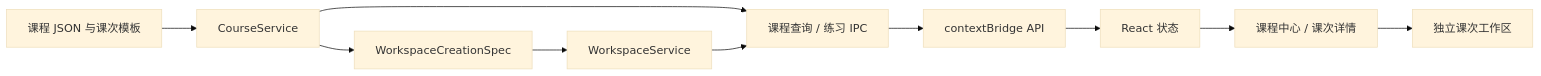
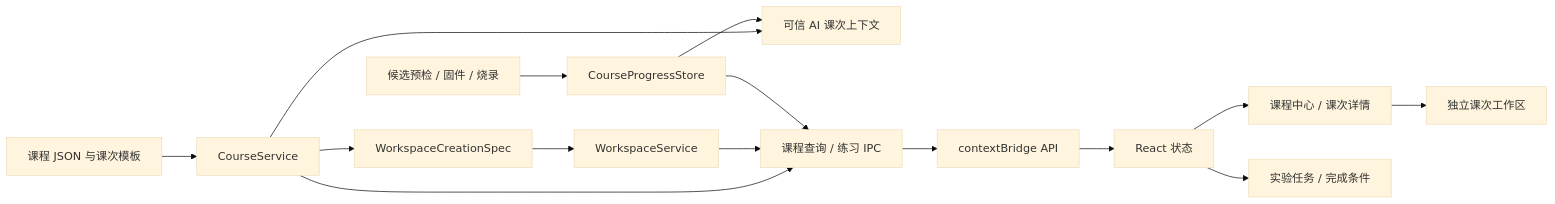
One commit to PanGucheng/robotdog-studio changed the diagram in docs/mcu-course-framework-architecture.md. Above: the diagram before and after it, drawn with Mermaid (base theme). The commit also changed other lines of this file and 23 other files, not shown here.

Commit message:
feat: complete MCU course learning flow

````diff
--- a/docs/mcu-course-framework-architecture.md
+++ b/docs/mcu-course-framework-architecture.md
@@ -24,12 +28,17 @@
 ```mermaid
 flowchart LR
   Files["课程 JSON 与课次模板"] --> CourseService["CourseService"]
   CourseService --> Spec["WorkspaceCreationSpec"]
+  CourseService --> Context["可信 AI 课次上下文"]
   Spec --> WorkspaceService["WorkspaceService"]
   CourseService --> IPC["课程查询 / 练习 IPC"]
   WorkspaceService --> IPC
+  Operations["候选预检 / 固件 / 烧录"] --> Progress["CourseProgressStore"]
+  Progress --> IPC
+  Progress --> Context
   IPC --> Preload["contextBridge API"]
   Preload --> App["React 状态"]
   App --> Center["课程中心 / 课次详情"]
+  App --> Task["实验任务 / 完成条件"]
   Center --> Workspace["独立课次工作区"]
 ```
````
